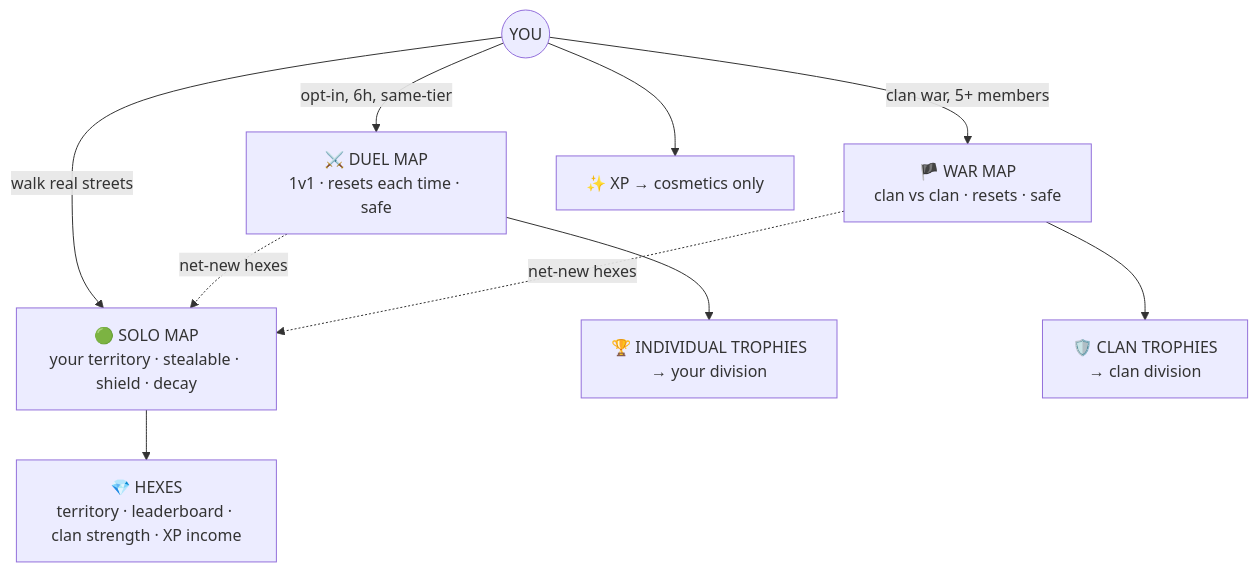
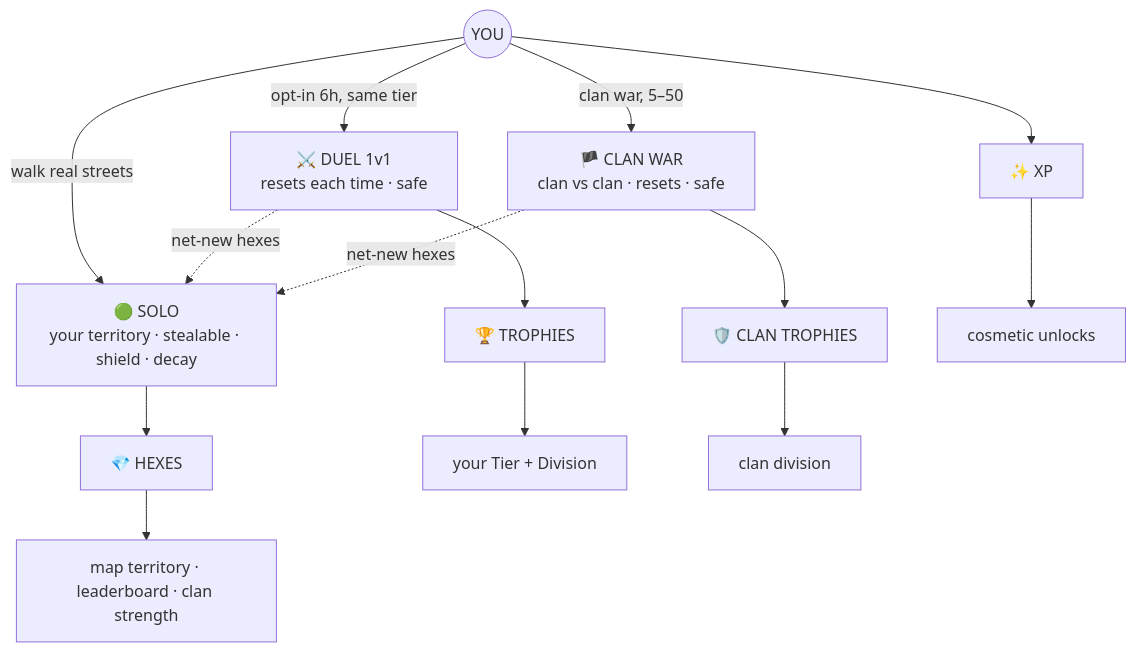
Before and after one commit to WarPro-Org/my_loop: the first of 2 diagrams in DESIGN_LOG.md, drawn with Mermaid. The commit also changed other lines of this file, not shown here.

````diff
--- a/DESIGN_LOG.md
+++ b/DESIGN_LOG.md
@@ -10,14 +11,19 @@
 ```mermaid
 flowchart TD
-    You((YOU)) -->|walk real streets| Solo[🟢 SOLO MAP<br/>your territory · stealable · shield · decay]
-    You -->|opt-in, 6h, same-tier| Duel[⚔️ DUEL MAP<br/>1v1 · resets each time · safe]
-    You -->|clan war, 5+ members| War[🏴 WAR MAP<br/>clan vs clan · resets · safe]
+    You((YOU)) -->|walk real streets| Solo[🟢 SOLO<br/>your territory · stealable · shield · decay]
+    You -->|opt-in 6h, same tier| Duel[⚔️ DUEL 1v1<br/>resets each time · safe]
+    You -->|clan war, 5–50| War[🏴 CLAN WAR<br/>clan vs clan · resets · safe]
 
-    Solo --> Hex[💎 HEXES<br/>territory · leaderboard · clan strength · XP income]
-    Duel --> Tro[🏆 INDIVIDUAL TROPHIES<br/>→ your division]
-    War --> CT[🛡️ CLAN TROPHIES<br/>→ clan division]
-    You --> XP[✨ XP → cosmetics only]
+    Solo --> Hex[💎 HEXES]
+    Duel --> Tro[🏆 TROPHIES]
+    War --> CT[🛡️ CLAN TROPHIES]
+    You --> XP[✨ XP]
+
+    Hex --> HU[map territory · leaderboard · clan strength]
+    Tro --> TU[your Tier + Division]
+    CT --> CU[clan division]
+    XP --> XU[cosmetic unlocks]
 
     Duel -.net-new hexes.-> Solo
     War -.net-new hexes.-> Solo
 ```
````
